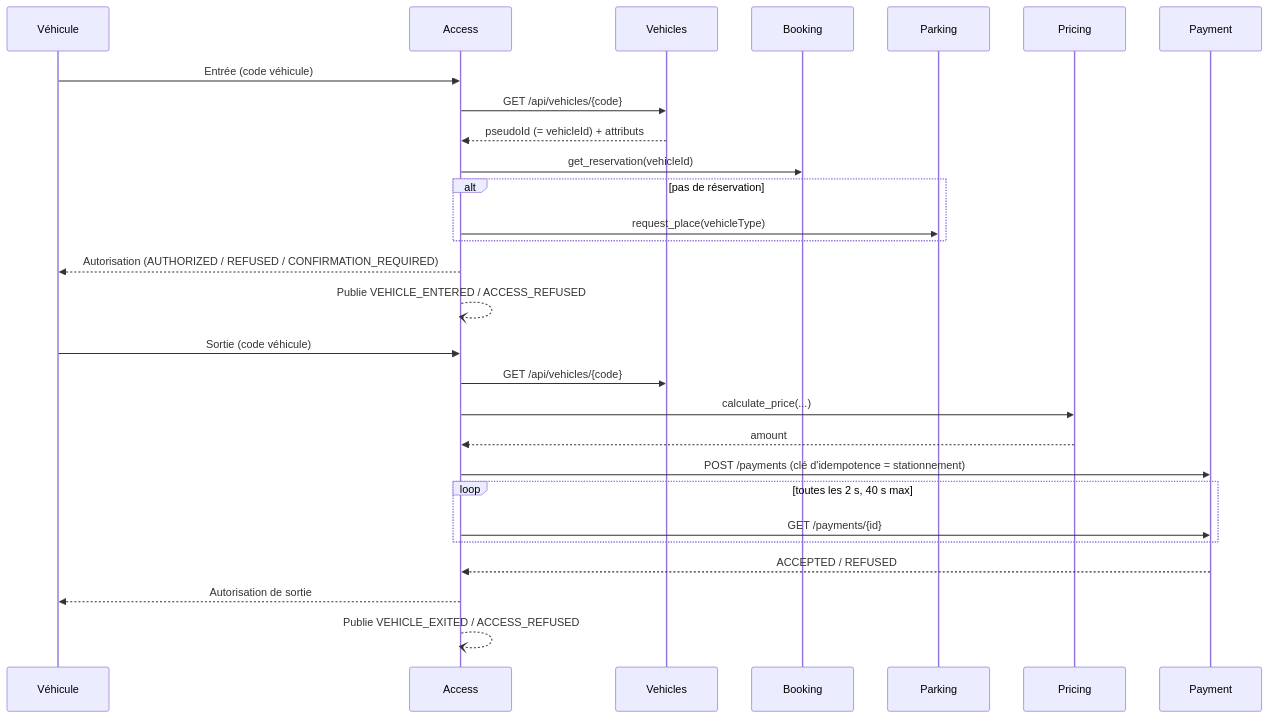
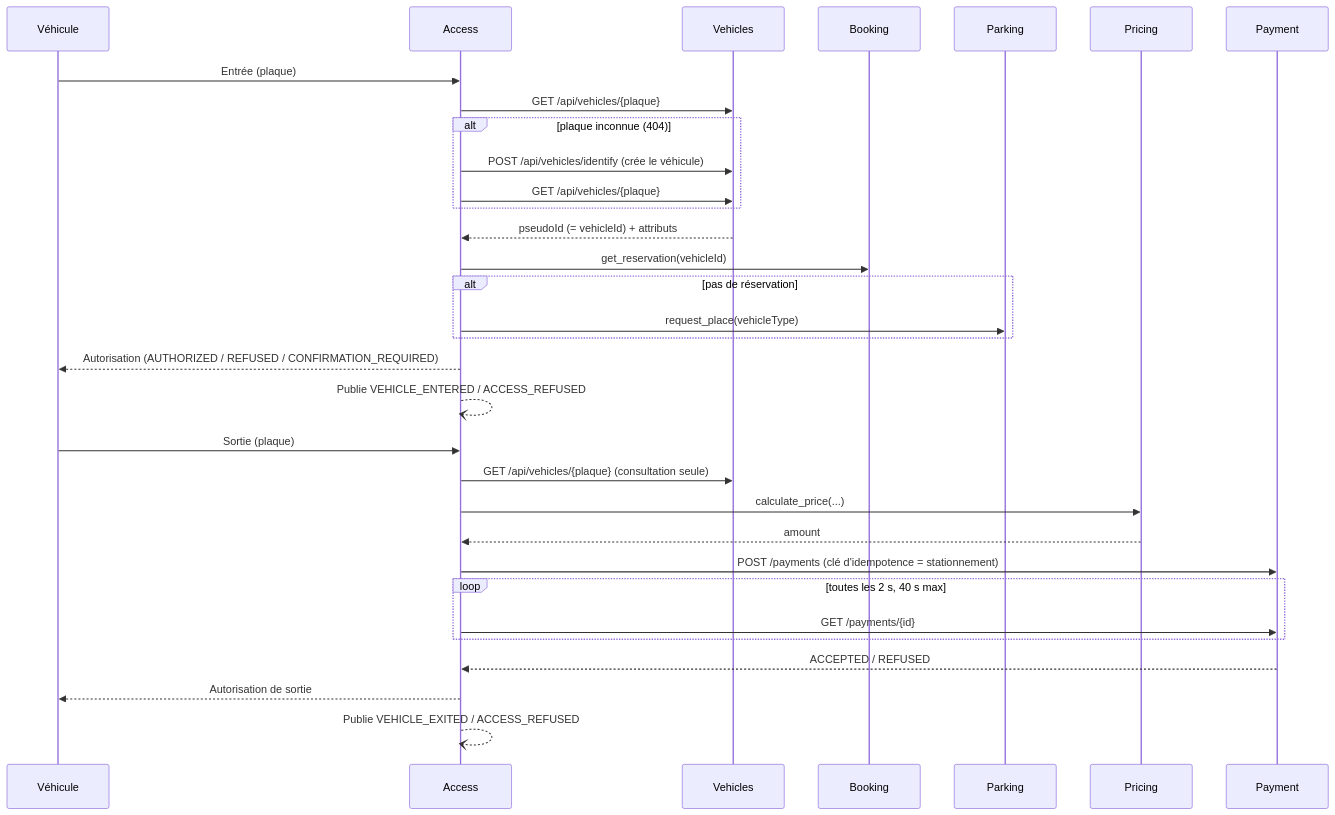
The diagram in README.md (DenisDMU/access-parking), drawn with Mermaid before and after one commit. The commit also changed other lines of this file and 27 other files, not shown here.

First line of the commit message:
feat(vehicles)!: identification par plaque, nouveau contrat Vehicles (4.0.0)

````diff
--- a/README.md
+++ b/README.md
@@ -125,32 +125,36 @@
 ```mermaid
 sequenceDiagram
     participant V as Véhicule
     participant A as Access
     participant Ve as Vehicles
     participant B as Booking
     participant P as Parking
     participant Pr as Pricing
     participant Pa as Payment
 
-    V->>A: Entrée (code véhicule)
-    A->>Ve: GET /api/vehicles/{code}
+    V->>A: Entrée (plaque)
+    A->>Ve: GET /api/vehicles/{plaque}
+    alt plaque inconnue (404)
+        A->>Ve: POST /api/vehicles/identify (crée le véhicule)
+        A->>Ve: GET /api/vehicles/{plaque}
+    end
     Ve-->>A: pseudoId (= vehicleId) + attributs
     A->>B: get_reservation(vehicleId)
     alt pas de réservation
         A->>P: request_place(vehicleType)
     end
     A-->>V: Autorisation (AUTHORIZED / REFUSED / CONFIRMATION_REQUIRED)
     A--)A: Publie VEHICLE_ENTERED / ACCESS_REFUSED
 
-    V->>A: Sortie (code véhicule)
-    A->>Ve: GET /api/vehicles/{code}
+    V->>A: Sortie (plaque)
+    A->>Ve: GET /api/vehicles/{plaque} (consultation seule)
     A->>Pr: calculate_price(...)
     Pr-->>A: amount
     A->>Pa: POST /payments (clé d'idempotence = stationnement)
     loop toutes les 2 s, 40 s max
         A->>Pa: GET /payments/{id}
     end
     Pa-->>A: ACCEPTED / REFUSED
     A-->>V: Autorisation de sortie
     A--)A: Publie VEHICLE_EXITED / ACCESS_REFUSED
 ```
````
